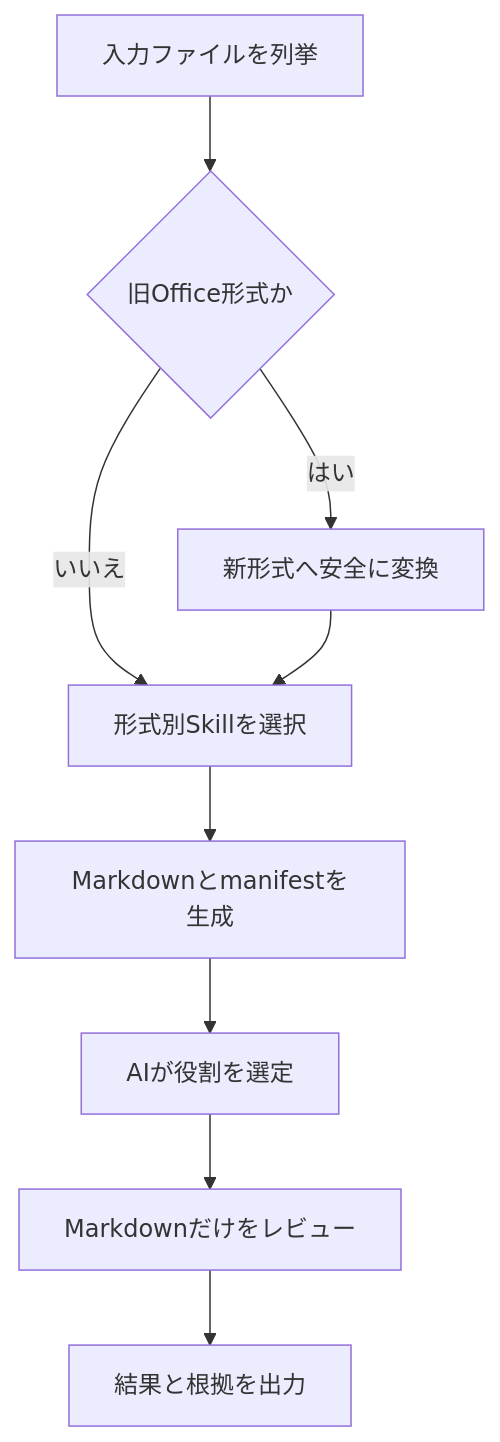
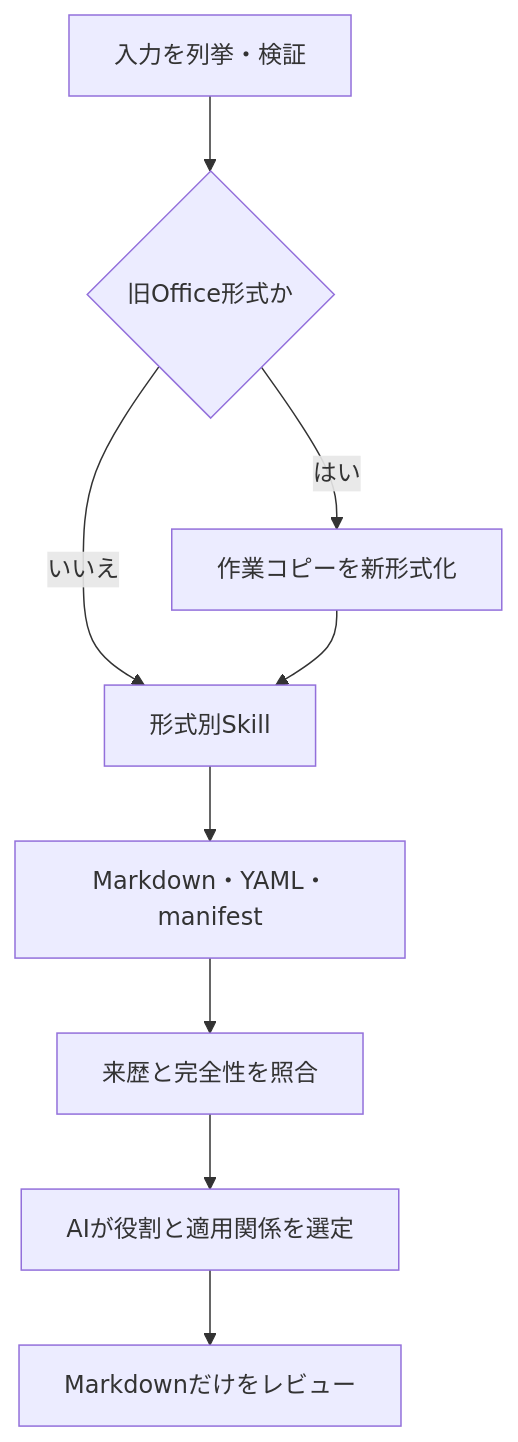
One commit to nyk98dk7nq-oss/CodexSkills-review changed the diagram in README.md. Above: the diagram before and after it, drawn with Mermaid. The commit also changed other lines of this file, not shown here.

Commit message:
Adopt audited Microsoft Markdown conversion stack

````diff
--- a/README.md
+++ b/README.md
@@ -84,11 +114,11 @@
 ```mermaid
 flowchart TD
-    A[入力ファイルを列挙] --> B{旧Office形式か}
-    B -->|はい| C[新形式へ安全に変換]
-    B -->|いいえ| D[形式別Skillを選択]
+    A[入力を列挙・検証] --> B{旧Office形式か}
+    B -->|はい| C[作業コピーを新形式化]
+    B -->|いいえ| D[形式別Skill]
     C --> D
-    D --> E[Markdownとmanifestを生成]
-    E --> F[AIが役割を選定]
-    F --> G[Markdownだけをレビュー]
-    G --> H[結果と根拠を出力]
+    D --> E[Markdown・YAML・manifest]
+    E --> F[来歴と完全性を照合]
+    F --> G[AIが役割と適用関係を選定]
+    G --> H[Markdownだけをレビュー]
 ```
````
